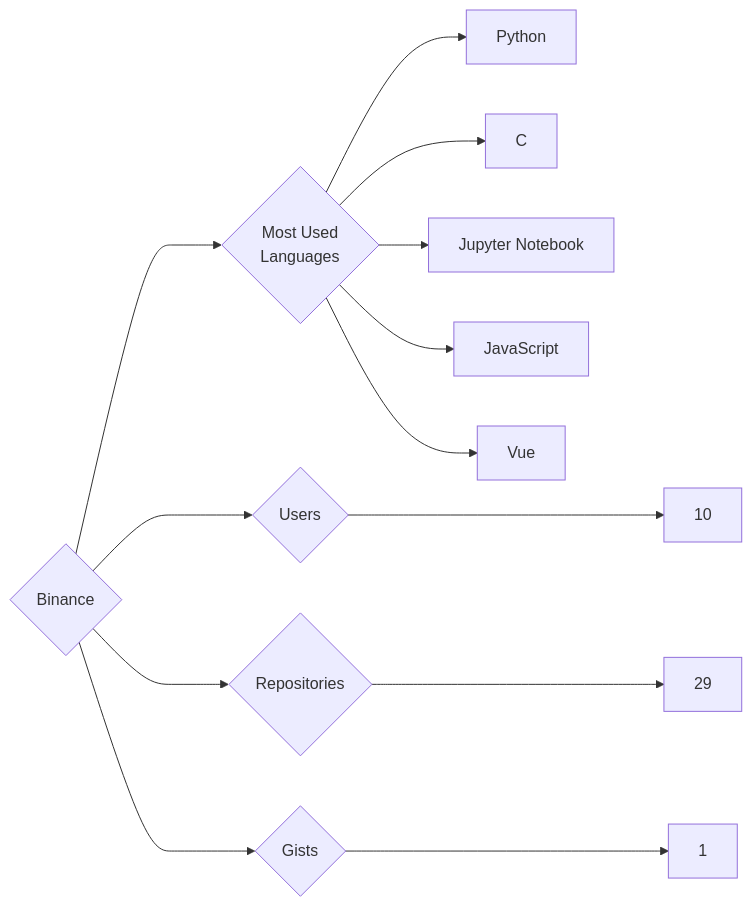
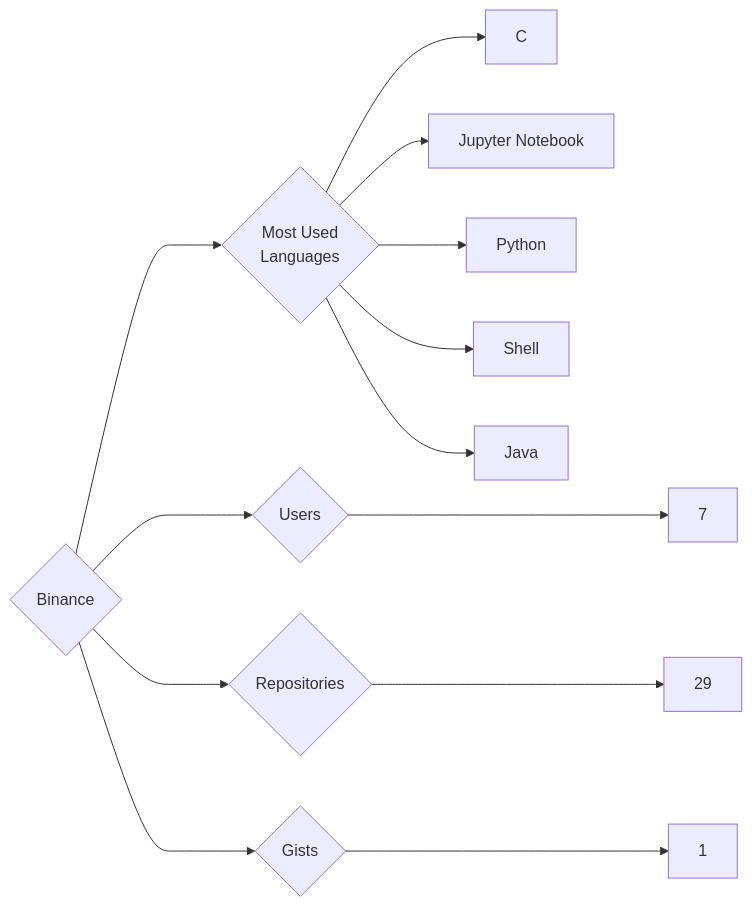
One commit to trickest/insiders changed the diagram in targets/Binance/README.md. Above: the diagram before and after it, drawn with Mermaid. The commit also changed 916 other files, not shown here.

````diff
--- a/targets/Binance/README.md
+++ b/targets/Binance/README.md
@@ -3,13 +3,13 @@
 ```mermaid
 graph LR
 COMPANY_NAME{Binance}
-COMPANY_NAME ---> U{Users} ---> UN[10]
+COMPANY_NAME ---> U{Users} ---> UN[7]
 COMPANY_NAME ---> R{Repositories} ---> RN[29]
 COMPANY_NAME ---> G{Gists} ---> GN[1]
 COMPANY_NAME ---> ML{Most Used<br>Languages}
-ML --> Python[Python]
 ML --> C[C]
 ML --> Jupyter_Notebook[Jupyter Notebook]
-ML --> JavaScript[JavaScript]
-ML --> Vue[Vue]
+ML --> Python[Python]
+ML --> Shell[Shell]
+ML --> Java[Java]
 ```
````
